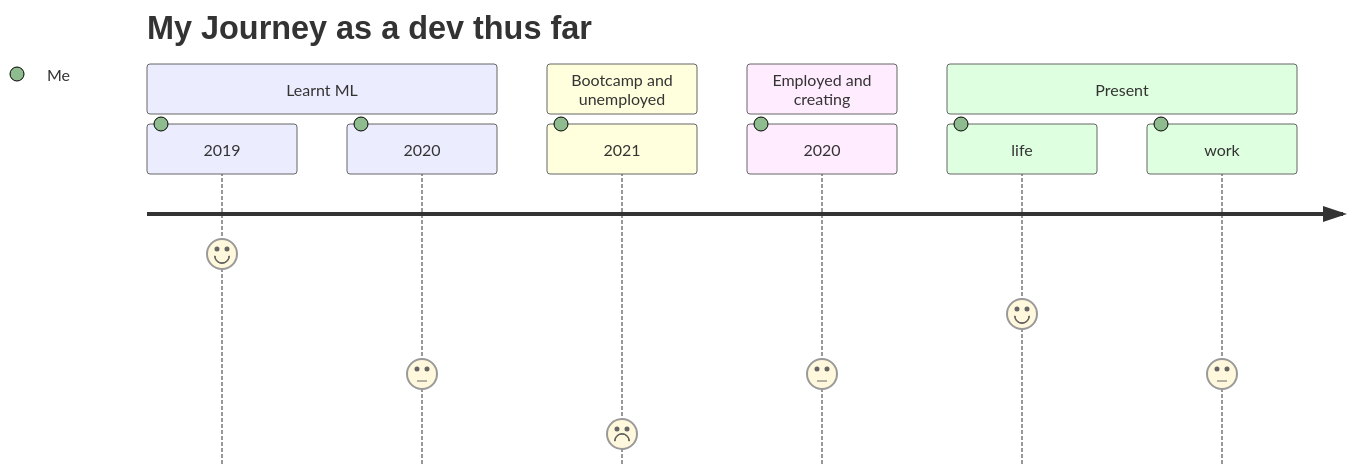
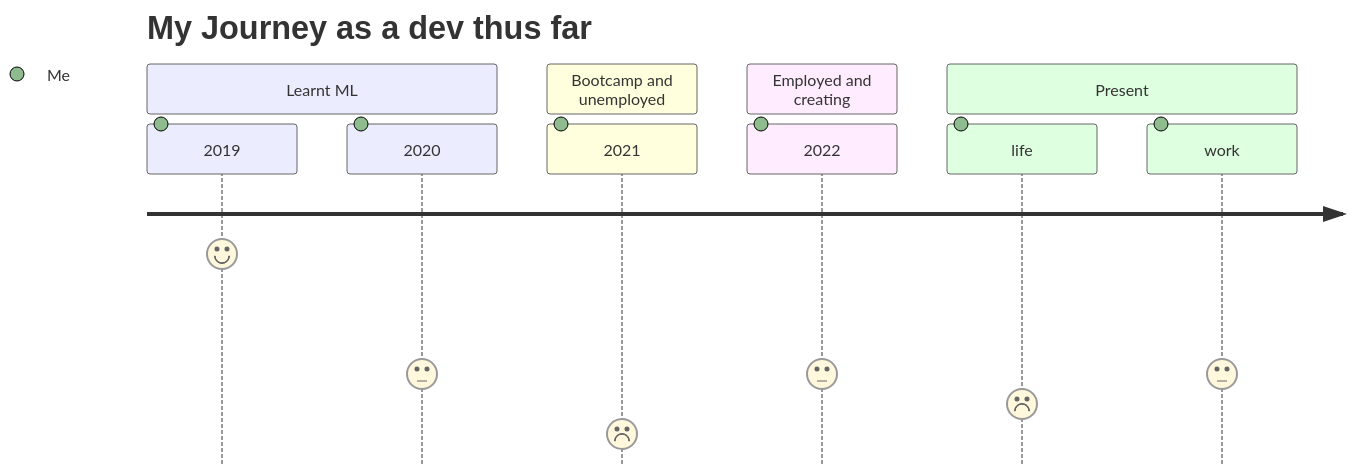
The diagram in README.md (chocomeowy/chocomeowy), drawn with Mermaid before and after one commit.

````diff
--- a/README.md
+++ b/README.md
@@ -16,14 +16,14 @@
 ```mermaid
   journey
     title My Journey as a dev thus far
     section Learnt ML
       2019: 7: Me
       2020: 3: Me
     section Bootcamp and unemployed
       2021: 1: Me
     section Employed and creating
-      2020: 3: Me
+      2022: 3: Me
     section Present
-      life: 5: Me
+      life: 2: Me
       work: 3: Me
 ```
````
